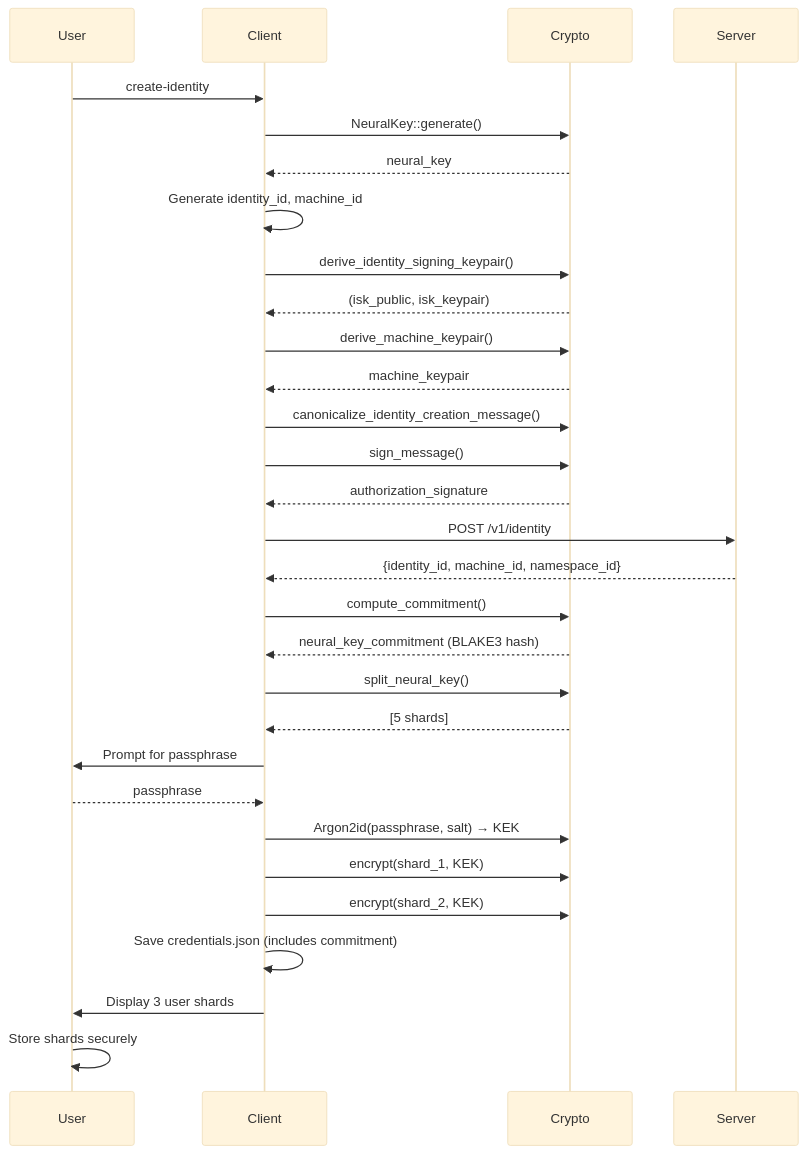
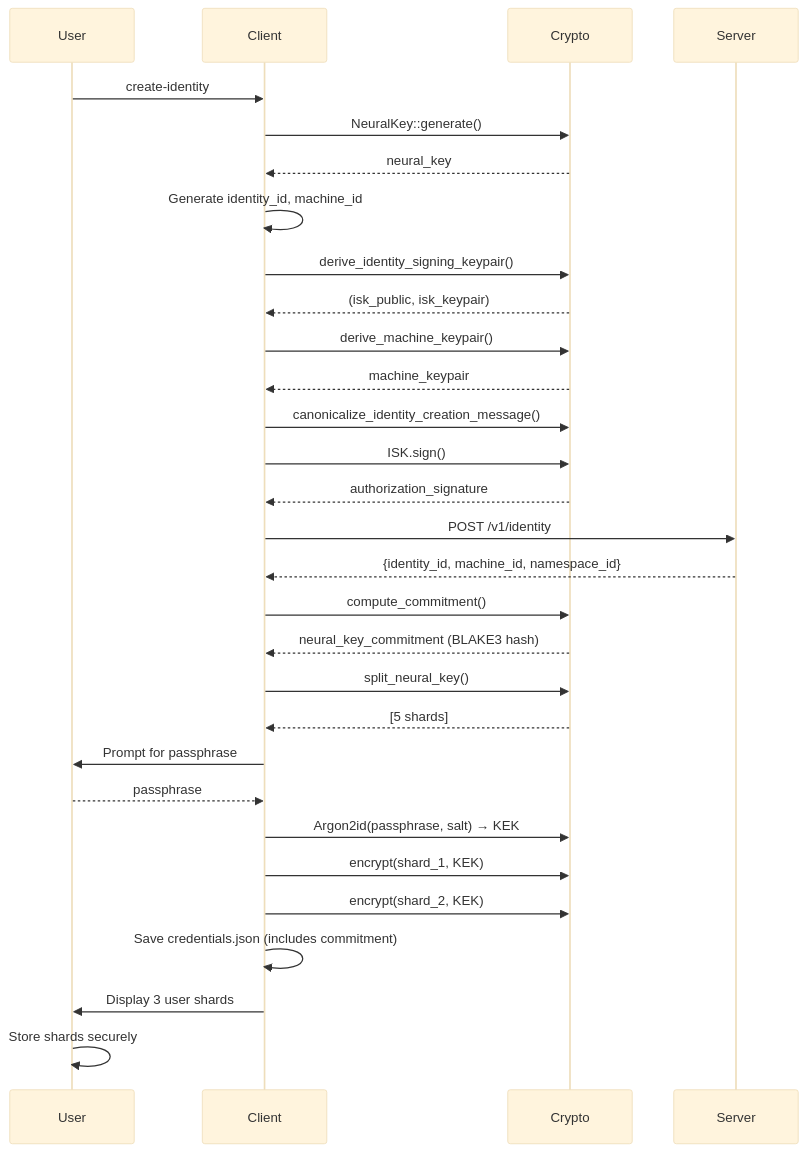
One commit to cypher-asi/zero-auth changed the fourth of 7 diagrams in docs/spec/v0.1.0/09-client.md. Above: the diagram before and after it, drawn with Mermaid (base theme). The commit also changed other lines of this file and 13 other files, not shown here.

First line of the commit message:
docs: remove Ed25519KeyPair, sign_message, and classical-only references from all documentation to reflect PQ-Hybrid migration

````diff
--- a/docs/spec/v0.1.0/09-client.md
+++ b/docs/spec/v0.1.0/09-client.md
@@ -250,45 +250,45 @@
 ```mermaid
 sequenceDiagram
     participant User
     participant Client
     participant Crypto
     participant Server
     
     User->>Client: create-identity
     
     Client->>Crypto: NeuralKey::generate()
     Crypto-->>Client: neural_key
     
     Client->>Client: Generate identity_id, machine_id
     
     Client->>Crypto: derive_identity_signing_keypair()
     Crypto-->>Client: (isk_public, isk_keypair)
     
     Client->>Crypto: derive_machine_keypair()
     Crypto-->>Client: machine_keypair
     
     Client->>Crypto: canonicalize_identity_creation_message()
-    Client->>Crypto: sign_message()
+    Client->>Crypto: ISK.sign()
     Crypto-->>Client: authorization_signature
     
     Client->>Server: POST /v1/identity
     Server-->>Client: {identity_id, machine_id, namespace_id}
     
     Client->>Crypto: compute_commitment()
     Crypto-->>Client: neural_key_commitment (BLAKE3 hash)
     
     Client->>Crypto: split_neural_key()
     Crypto-->>Client: [5 shards]
     
     Client->>User: Prompt for passphrase
     User-->>Client: passphrase
     
     Client->>Crypto: Argon2id(passphrase, salt) → KEK
     Client->>Crypto: encrypt(shard_1, KEK)
     Client->>Crypto: encrypt(shard_2, KEK)
     
     Client->>Client: Save credentials.json (includes commitment)
     
     Client->>User: Display 3 user shards
     User->>User: Store shards securely
 ```
````
